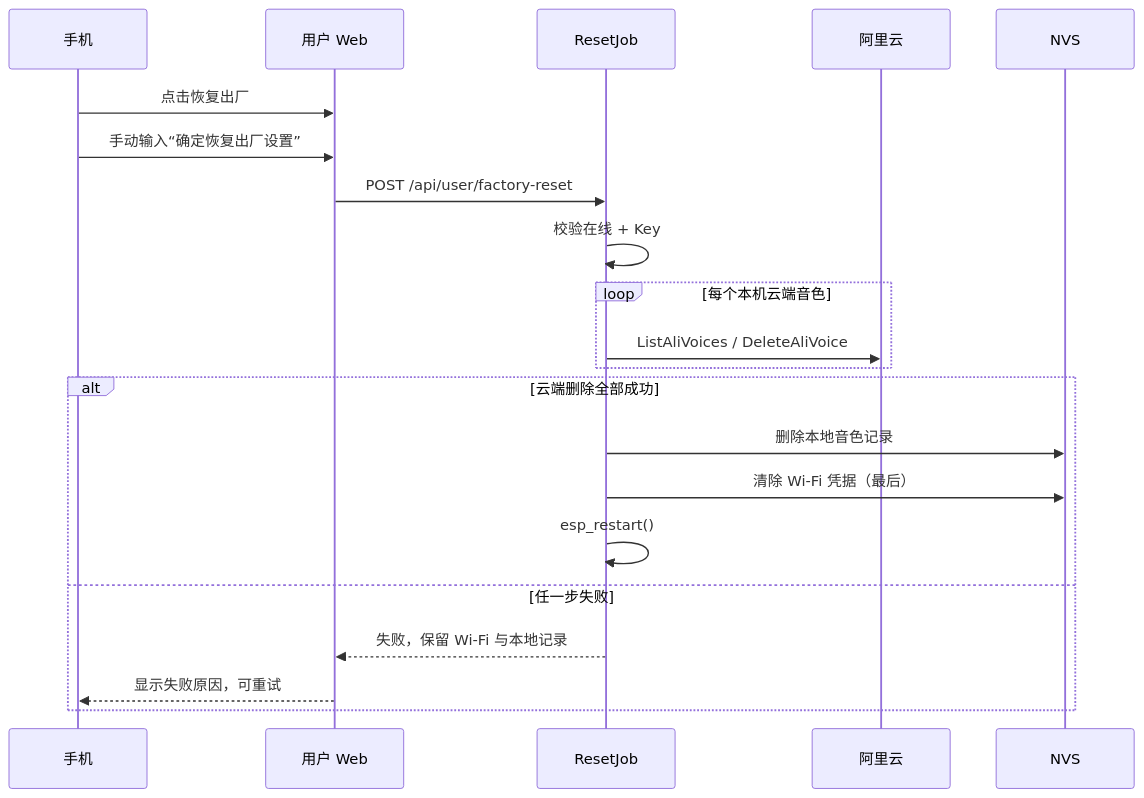
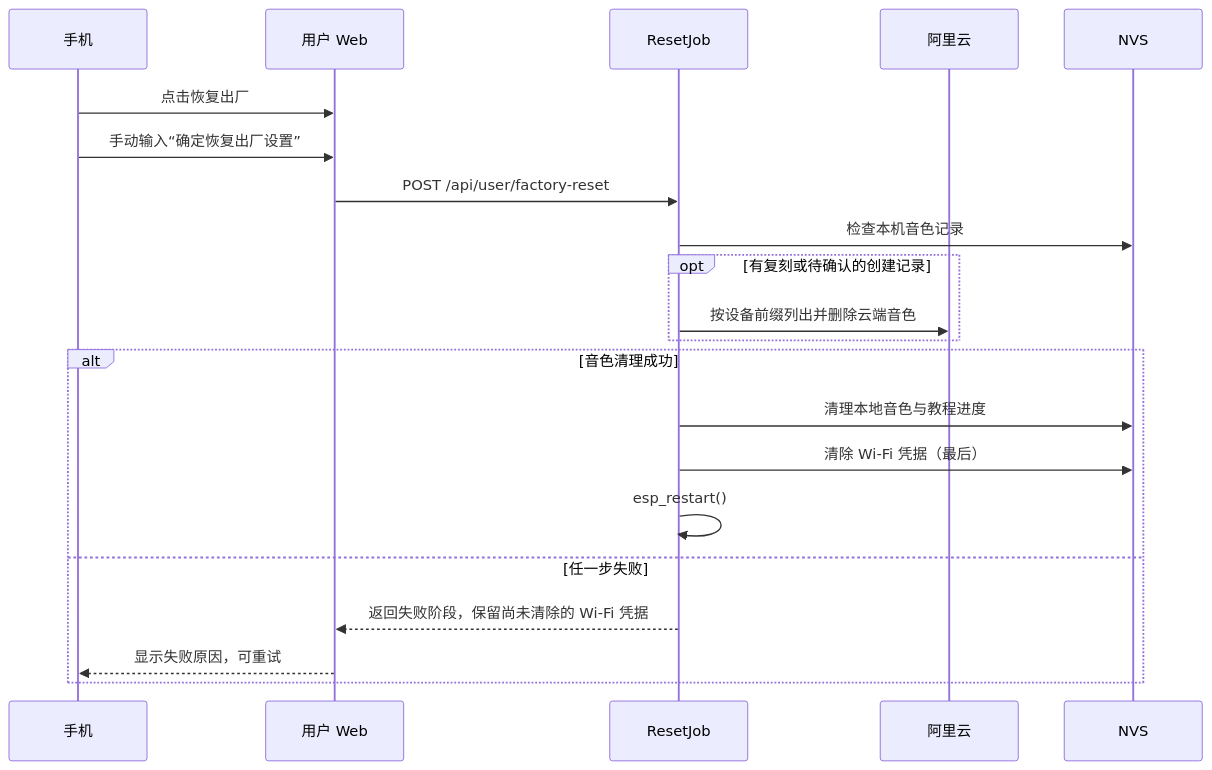
The eighth of 8 diagrams in docs/wzh/web/wzh_device_web_flow_2026-11-08.md (zylz-Project/xiaozhi_pro), drawn with Mermaid before and after one commit. The commit also changed other lines of this file and 197 other files, not shown here.

````diff
--- a/docs/wzh/web/wzh_device_web_flow_2026-11-08.md
+++ b/docs/wzh/web/wzh_device_web_flow_2026-11-08.md
@@ -639,23 +642,23 @@
 ```mermaid
 sequenceDiagram
   participant P as 手机
   participant W as 用户 Web
   participant R as ResetJob
   participant C as 阿里云
   participant N as NVS
   P->>W: 点击恢复出厂
   P->>W: 手动输入“确定恢复出厂设置”
   W->>R: POST /api/user/factory-reset
-  R->>R: 校验在线 + Key
-  loop 每个本机云端音色
-    R->>C: ListAliVoices / DeleteAliVoice
+  R->>N: 检查本机音色记录
+  opt 有复刻或待确认的创建记录
+    R->>C: 按设备前缀列出并删除云端音色
   end
-  alt 云端删除全部成功
-    R->>N: 删除本地音色记录
+  alt 音色清理成功
+    R->>N: 清理本地音色与教程进度
     R->>N: 清除 Wi-Fi 凭据（最后）
     R->>R: esp_restart()
   else 任一步失败
-    R-->>W: 失败，保留 Wi-Fi 与本地记录
+    R-->>W: 返回失败阶段，保留尚未清除的 Wi-Fi 凭据
     W-->>P: 显示失败原因，可重试
   end
 ```
````
